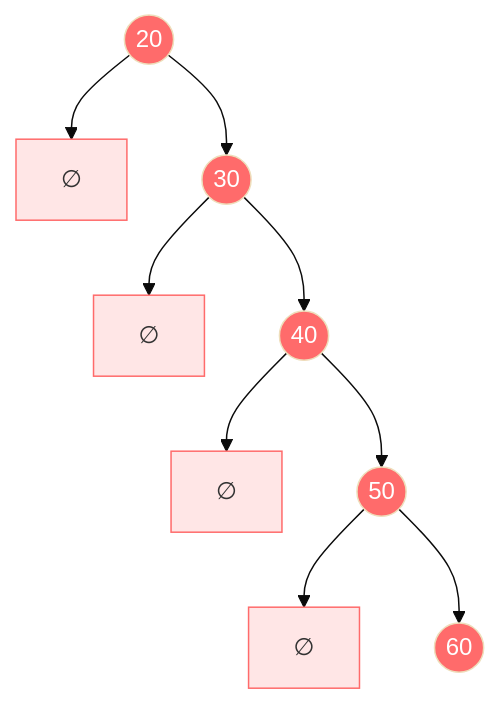
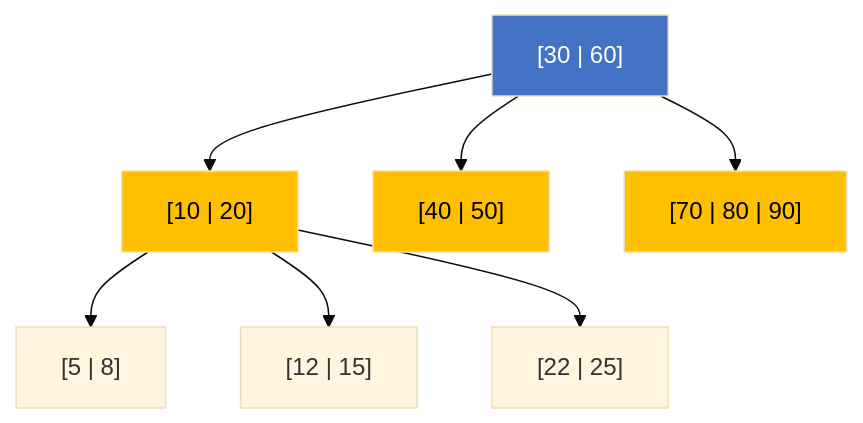
Diagram 11 of 15 in materi-baru.md (aidilsaputrakirsan/webVisualisasi), drawn with Mermaid (base theme) before and after one commit. The commit also changed other lines of this file and 56 other files, not shown here.

````diff
--- a/materi-baru.md
+++ b/materi-baru.md
@@ -309,21 +582,15 @@
 ```mermaid
-flowchart TB
-    N20((20)) --> NULL1[∅]
-    N20 --> N30((30))
-    N30 --> NULL2[∅]
-    N30 --> N40((40))
-    N40 --> NULL3[∅]
-    N40 --> N50((50))
-    N50 --> NULL4[∅]
-    N50 --> N60((60))
+flowchart TD
+    ROOT["[30 | 60]"] --> L["[10 | 20]"]
+    ROOT --> M["[40 | 50]"]
+    ROOT --> R["[70 | 80 | 90]"]
     
-    style N20 fill:#FF6B6B,color:#fff
-    style N30 fill:#FF6B6B,color:#fff
-    style N40 fill:#FF6B6B,color:#fff
-    style N50 fill:#FF6B6B,color:#fff
-    style N60 fill:#FF6B6B,color:#fff
-    style NULL1 fill:#FFE6E6,stroke:#FF6B6B
-    style NULL2 fill:#FFE6E6,stroke:#FF6B6B
-    style NULL3 fill:#FFE6E6,stroke:#FF6B6B
-    style NULL4 fill:#FFE6E6,stroke:#FF6B6B
+    L --> L1["[5 | 8]"]
+    L --> L2["[12 | 15]"]
+    L --> L3["[22 | 25]"]
+    
+    style ROOT fill:#4472C4,color:#fff
+    style L fill:#FFC000,color:#000
+    style M fill:#FFC000,color:#000
+    style R fill:#FFC000,color:#000
 ```
````
